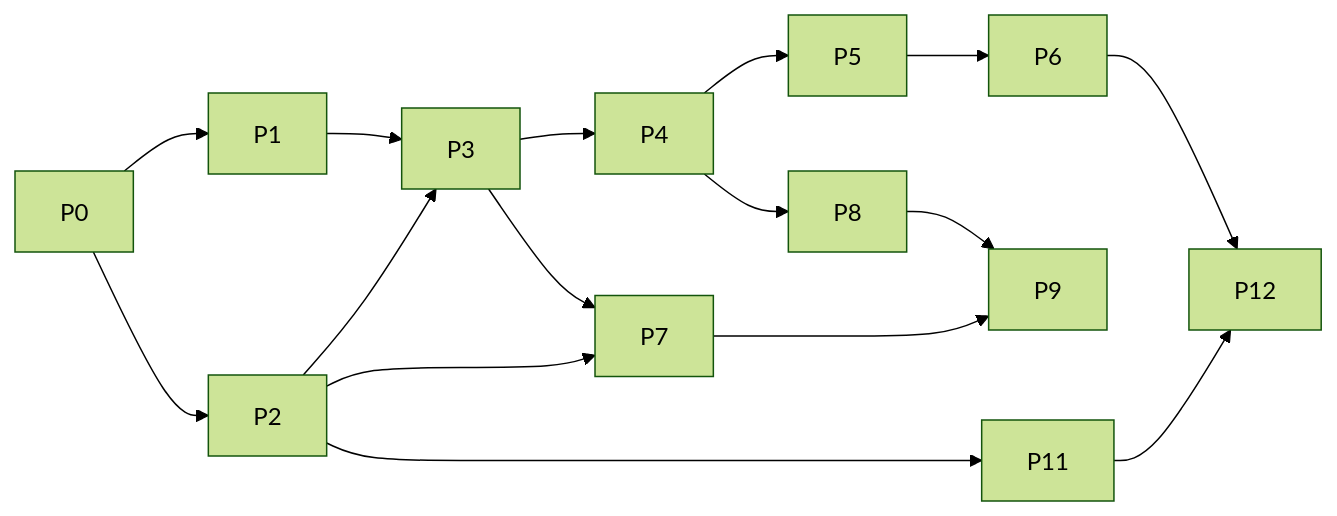
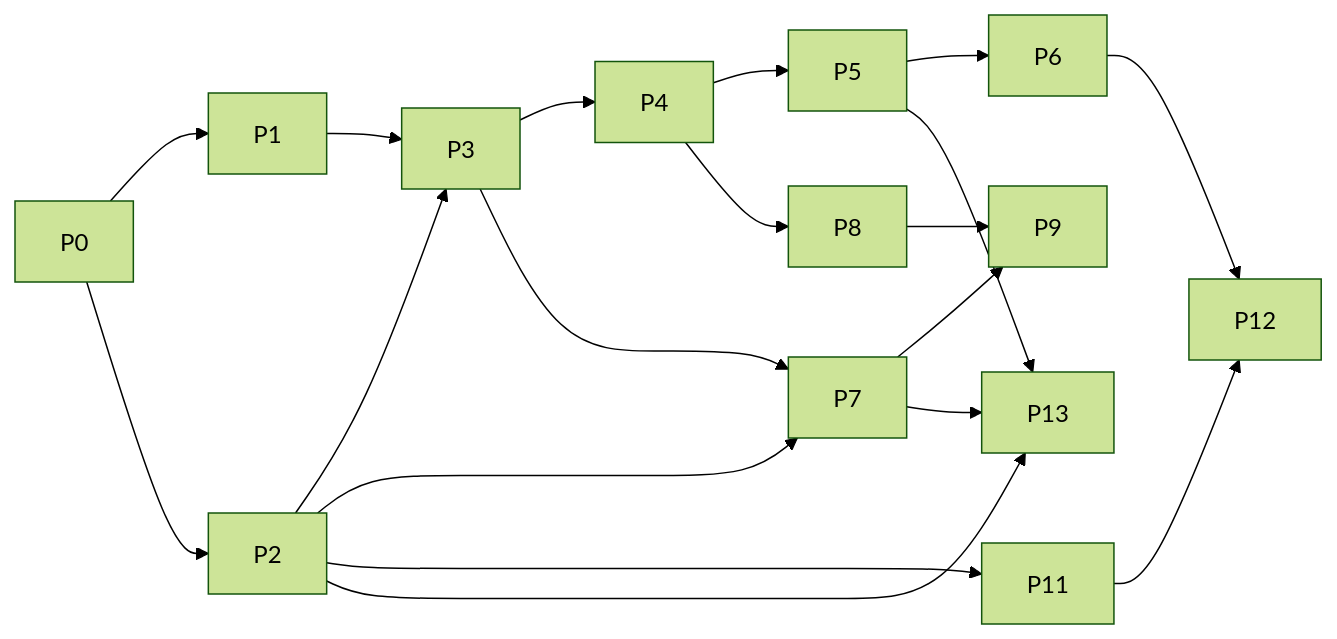
The diagram in DEVELOPMENT_PLAN.md (Heshan93/windows-screen-management-app), drawn with Mermaid (forest theme) before and after one commit. The commit also changed other lines of this file and 1 other file, not shown here.

````diff
--- a/DEVELOPMENT_PLAN.md
+++ b/DEVELOPMENT_PLAN.md
@@ -349,18 +429,21 @@
 ```mermaid
 flowchart LR
     P0 --> P1
     P0 --> P2
     P1 --> P3
     P2 --> P3
     P3 --> P4
     P4 --> P5
     P5 --> P6
     P2 --> P7
     P3 --> P7
     P4 --> P8
     P7 --> P9
     P8 --> P9
     P2 --> P11
     P6 --> P12
     P11 --> P12
+    P2 --> P13
+    P5 --> P13
+    P7 --> P13
 ```
````
